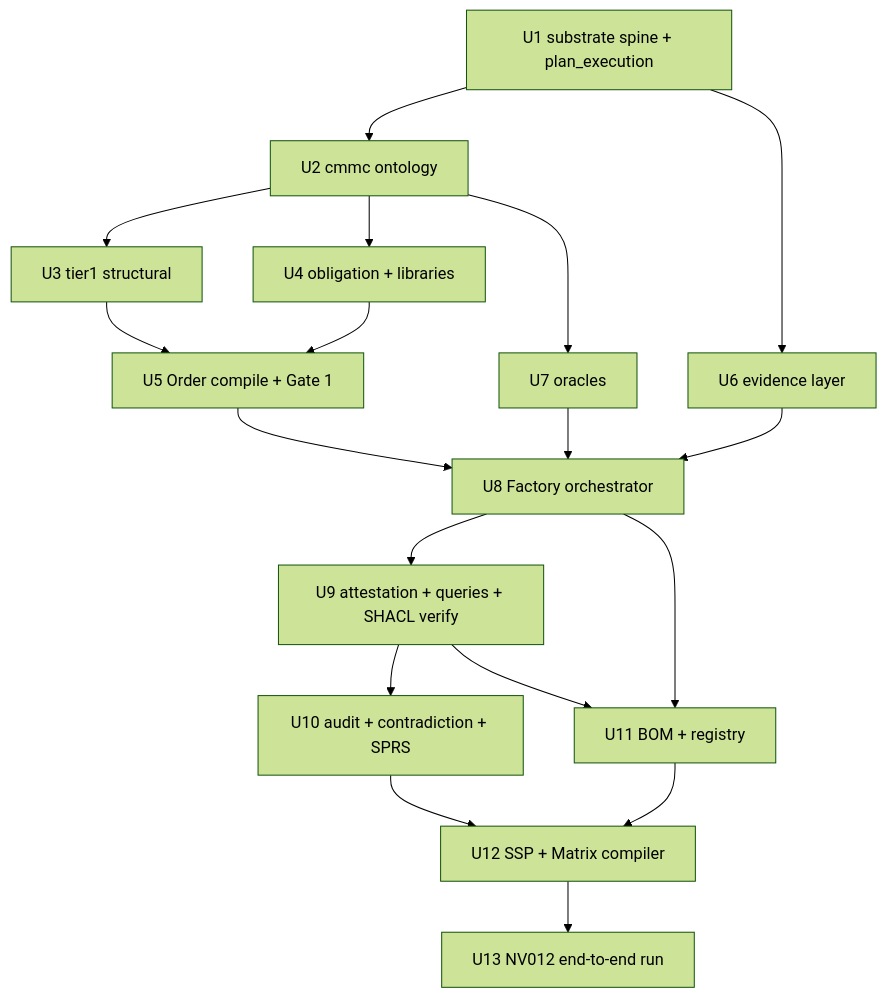
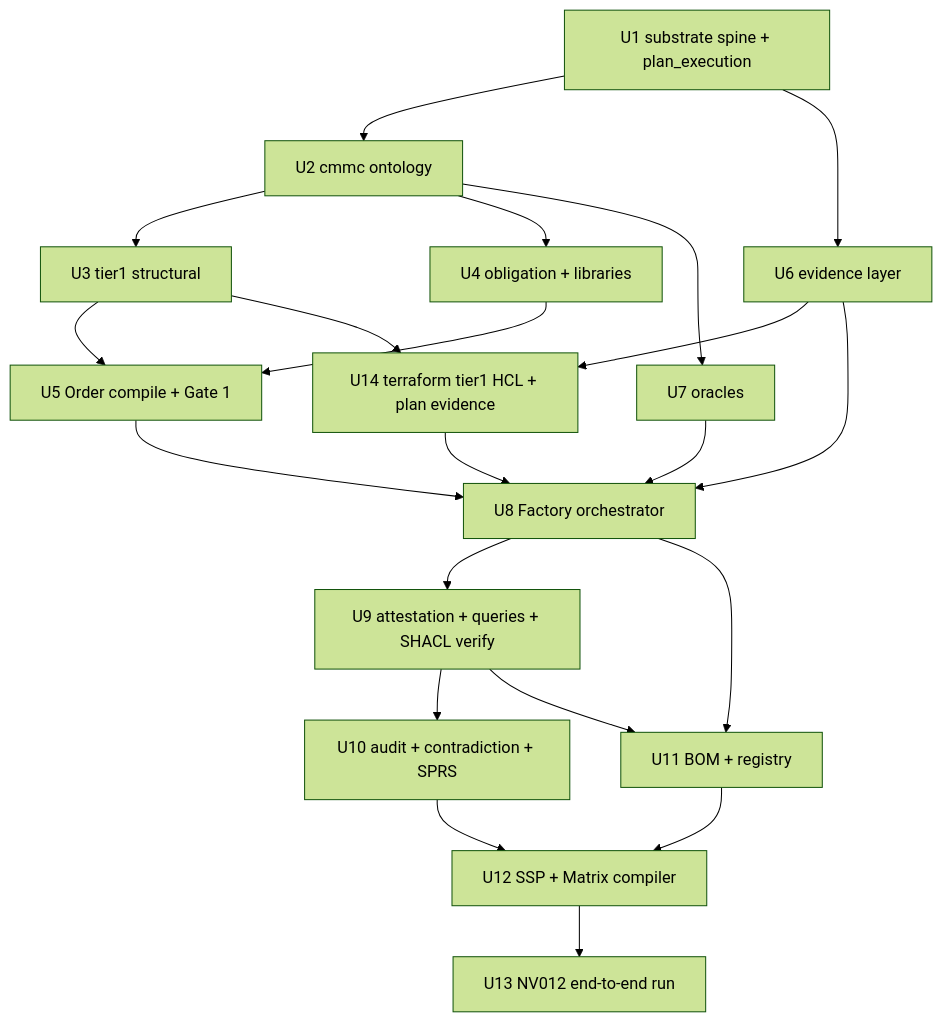
Before and after one commit to DynamicalSystemsGroup/cmmc-compliance-engine: the diagram in docs/plans/2026-07-02-001-feat-nv012-compliance-engine-plan.md, drawn with Mermaid (forest theme). The commit also changed other lines of this file, not shown here.

First line of the commit message:
docs(plan): make provisioning real Terraform at plan-level (mock providers), add U14 HCL unit

````diff
--- a/docs/plans/2026-07-02-001-feat-nv012-compliance-engine-plan.md
+++ b/docs/plans/2026-07-02-001-feat-nv012-compliance-engine-plan.md
@@ -222,20 +222,23 @@
 ```mermaid
 graph TD
   U1[U1 substrate spine + plan_execution] --> U2[U2 cmmc ontology]
   U1 --> U6[U6 evidence layer]
   U2 --> U3[U3 tier1 structural]
   U2 --> U4[U4 obligation + libraries]
   U3 --> U5[U5 Order compile + Gate 1]
   U4 --> U5
   U2 --> U7[U7 oracles]
+  U3 --> U14[U14 terraform tier1 HCL + plan evidence]
+  U6 --> U14
   U6 --> U8[U8 Factory orchestrator]
   U7 --> U8
   U5 --> U8
+  U14 --> U8
   U8 --> U9[U9 attestation + queries + SHACL verify]
   U9 --> U10[U10 audit + contradiction + SPRS]
   U8 --> U11[U11 BOM + registry]
   U9 --> U11
   U10 --> U12[U12 SSP + Matrix compiler]
   U11 --> U12
   U12 --> U13[U13 NV012 end-to-end run]
 ```
````
